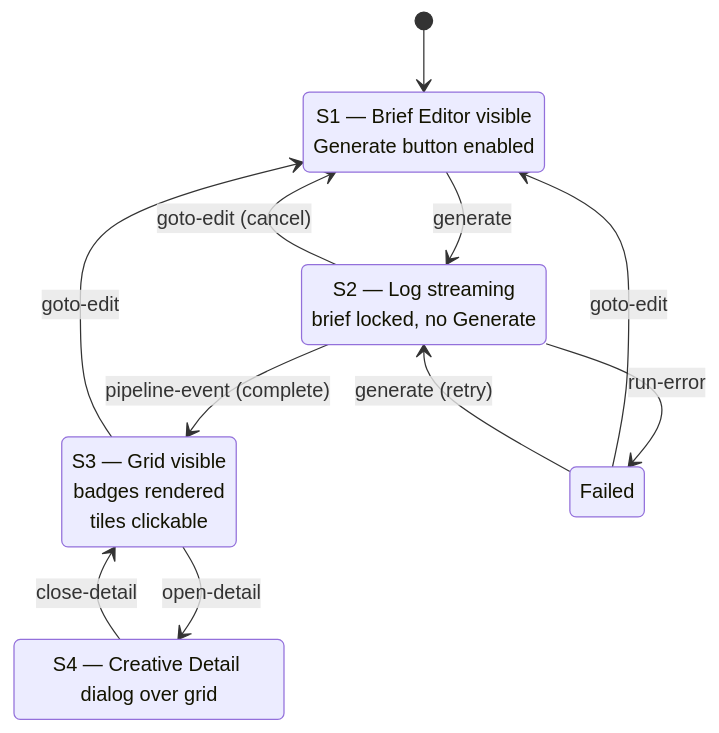
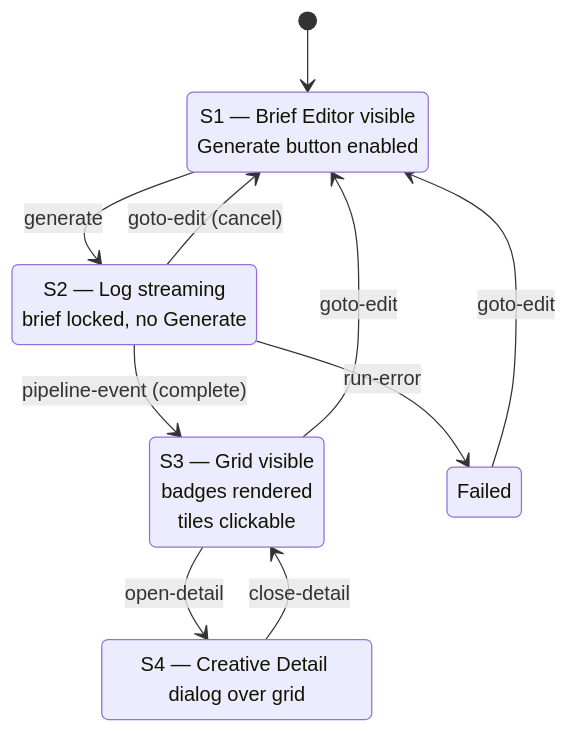
Before and after one commit to arndvs/cast: the sixth of 6 diagrams in docs/flow-diagrams.md, drawn with Mermaid. The commit also changed other lines of this file and 4 other files, not shown here.

````diff
--- a/docs/flow-diagrams.md
+++ b/docs/flow-diagrams.md
@@ -681,17 +736,16 @@
 ```mermaid
 stateDiagram-v2
     [*] --> Editing
     Editing: S1 — Brief Editor visible<br/>Generate button enabled
     Editing --> Running: generate
     Running: S2 — Log streaming<br/>brief locked, no Generate
     Running --> Complete: pipeline-event (complete)
     Running --> Failed: run-error
     Running --> Editing: goto-edit (cancel)
     Failed --> Editing: goto-edit
-    Failed --> Running: generate (retry)
     Complete: S3 — Grid visible<br/>badges rendered<br/>tiles clickable
     Complete --> DetailOpen: open-detail
     DetailOpen: S4 — Creative Detail dialog over grid
     DetailOpen --> Complete: close-detail
     Complete --> Editing: goto-edit
 ```
````
